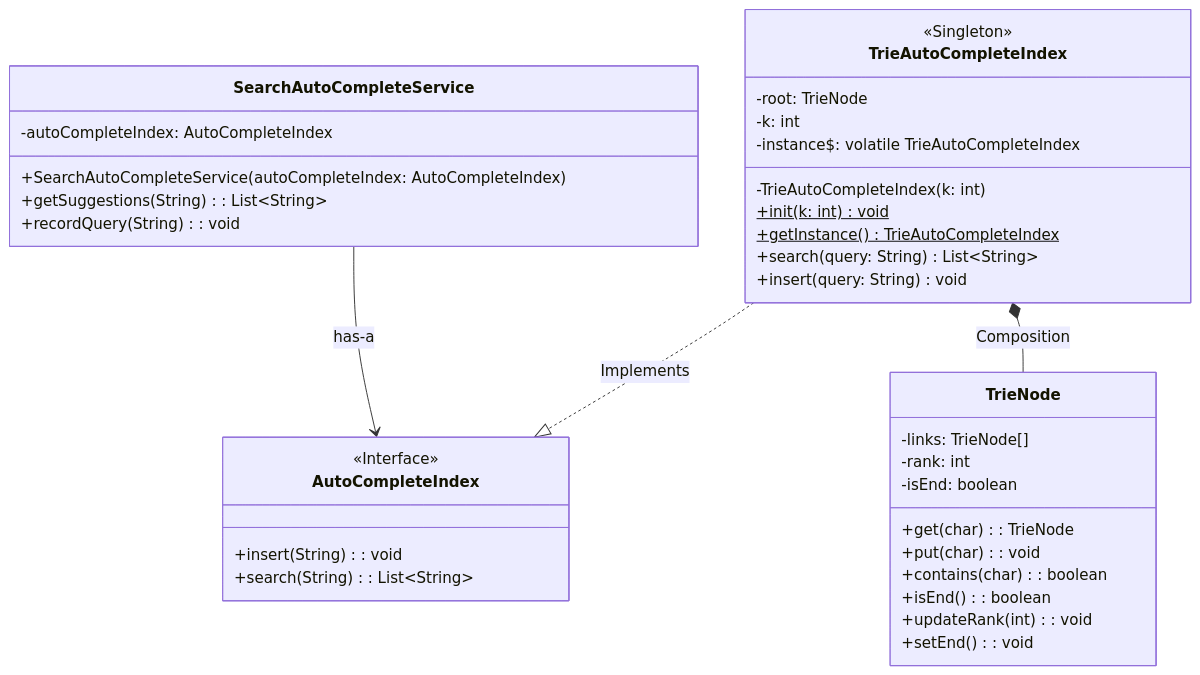
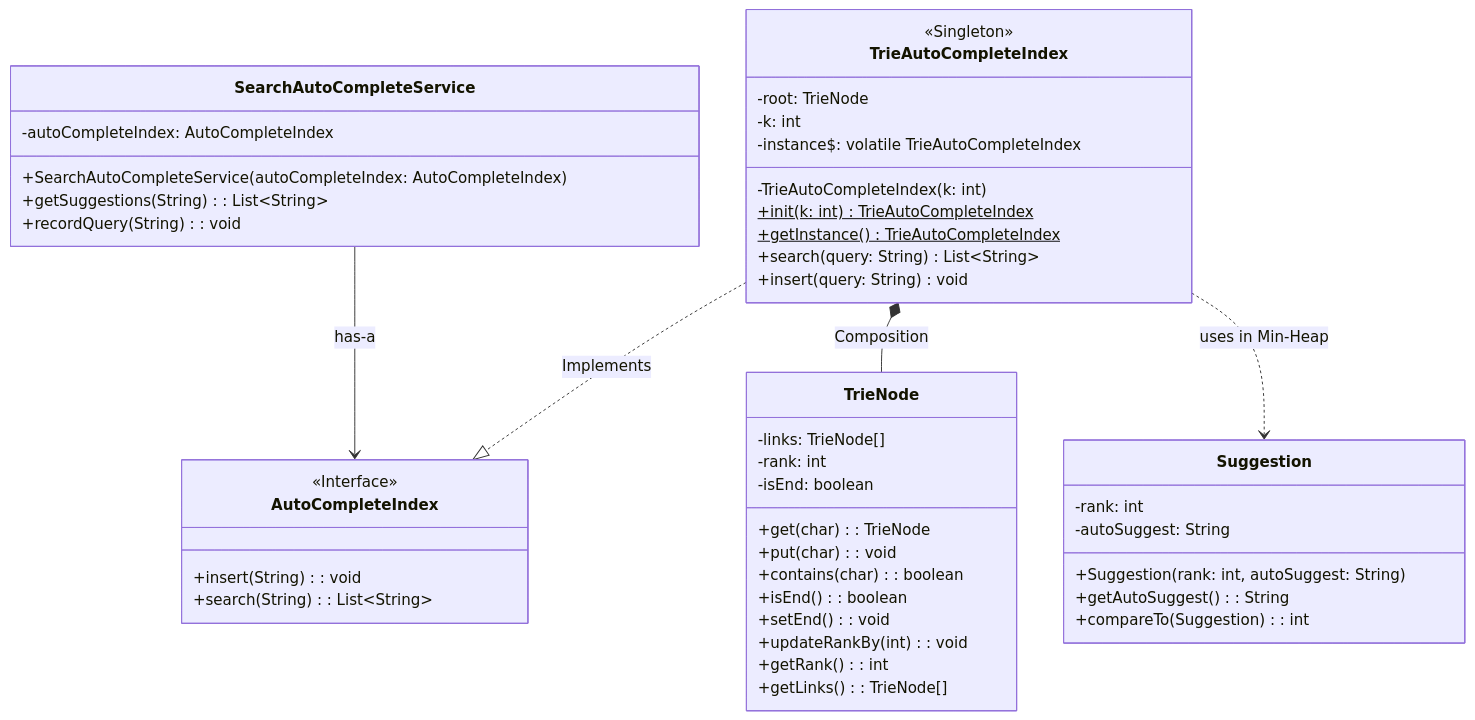
One commit to JyotimoyKashyap/system-design-labs changed the first of 2 diagrams in apps/web/src/content/lld/search-auto-complete.md. Above: the diagram before and after it, drawn with Mermaid. The commit also changed other lines of this file and 6 other files, not shown here.

````diff
--- a/apps/web/src/content/lld/search-auto-complete.md
+++ b/apps/web/src/content/lld/search-auto-complete.md
@@ -96,43 +104,54 @@
 ```mermaid
 classDiagram
     class AutoCompleteIndex {
         <<Interface>>
         +insert(String): void
         +search(String): List~String~
     }
 
     class SearchAutoCompleteService {
         -autoCompleteIndex: AutoCompleteIndex
         +SearchAutoCompleteService(autoCompleteIndex: AutoCompleteIndex)
         +getSuggestions(String): List~String~
         +recordQuery(String): void
     }
 
     class TrieAutoCompleteIndex {
         <<Singleton>>
         -root: TrieNode
         -k: int
         -instance$: volatile TrieAutoCompleteIndex
         -TrieAutoCompleteIndex(k: int)
-        +init(k: int)$ void
+        +init(k: int)$ TrieAutoCompleteIndex
         +getInstance()$ TrieAutoCompleteIndex
         +search(query: String) List~String~
         +insert(query: String) void
     }
 
     class TrieNode {
         -links: TrieNode[]
         -rank: int
         -isEnd: boolean
         +get(char): TrieNode
         +put(char): void
         +contains(char): boolean
         +isEnd(): boolean
-        +updateRank(int): void
         +setEnd(): void
+        +updateRankBy(int): void
+        +getRank(): int
+        +getLinks(): TrieNode[]
+    }
+
+    class Suggestion {
+        -rank: int
+        -autoSuggest: String
+        +Suggestion(rank: int, autoSuggest: String)
+        +getAutoSuggest(): String
+        +compareTo(Suggestion): int
     }
 
     SearchAutoCompleteService --> AutoCompleteIndex : has-a
     TrieAutoCompleteIndex ..|> AutoCompleteIndex : Implements
     TrieAutoCompleteIndex *-- TrieNode : Composition
+    TrieAutoCompleteIndex ..> Suggestion : uses in Min-Heap
 ```
````
